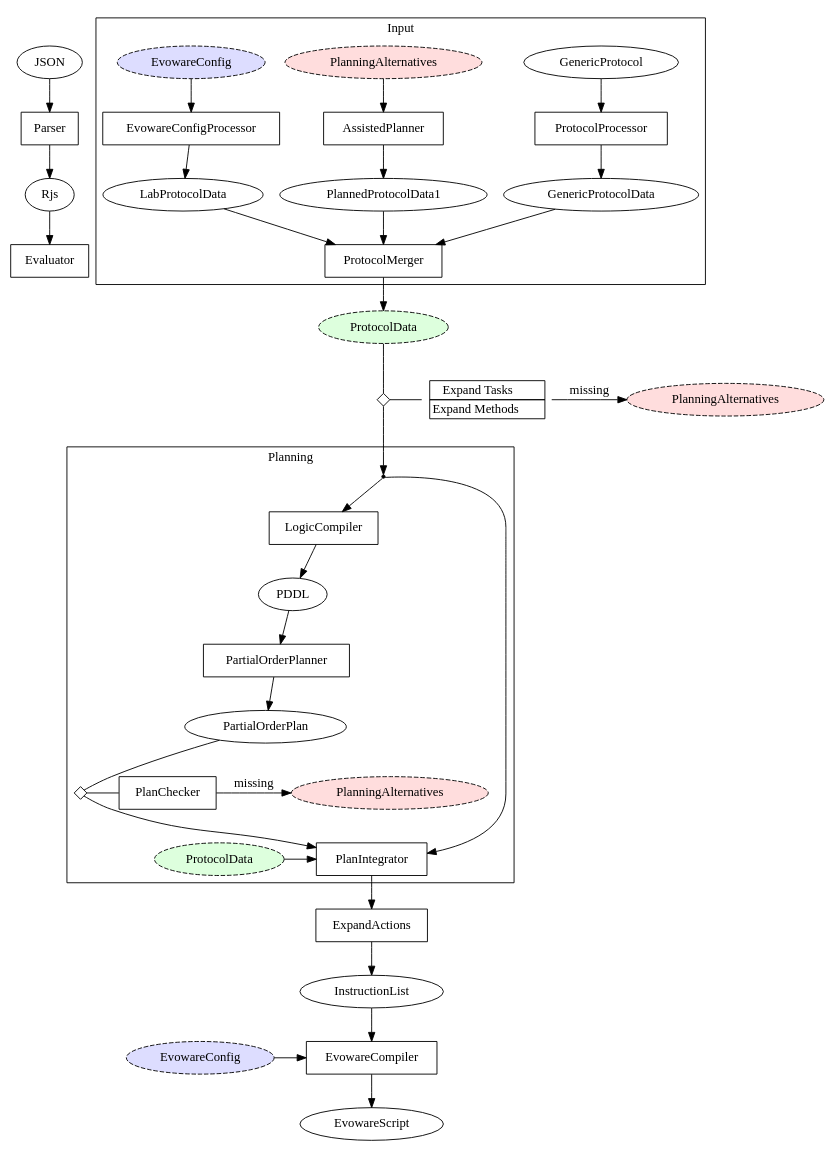
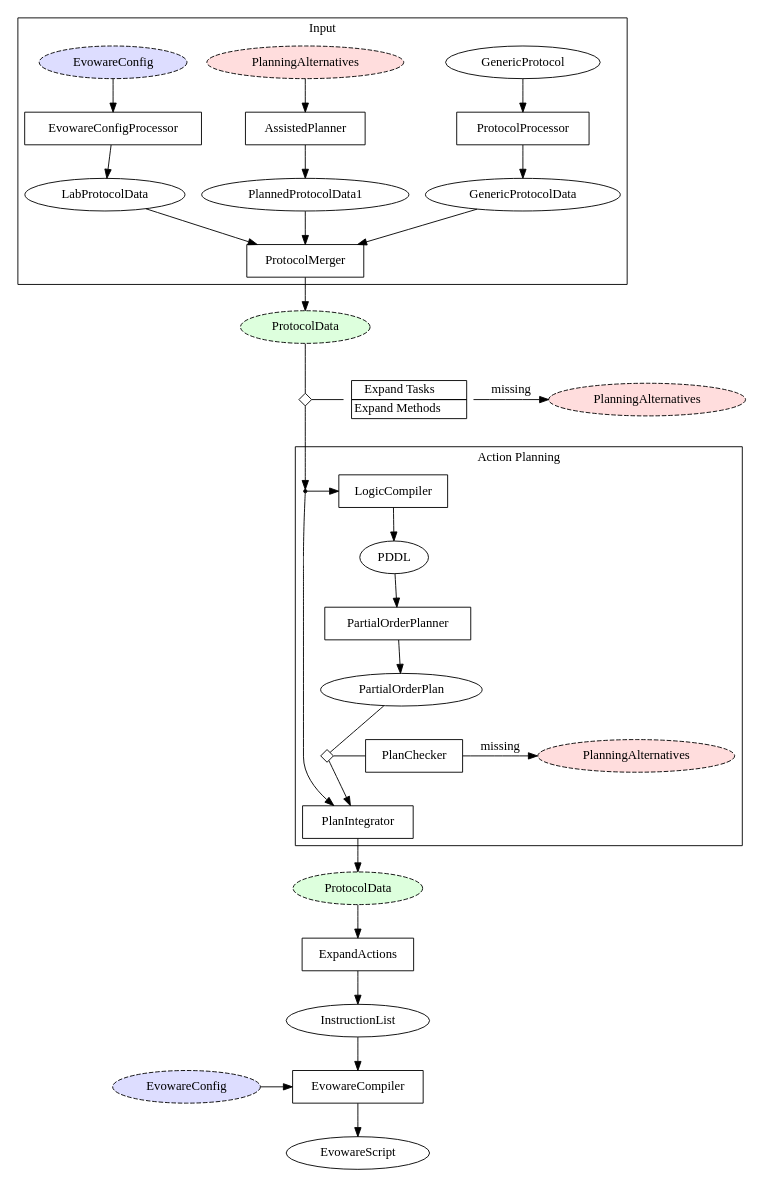
The diagram in doc/architecture.dot (ellis/roboliq), drawn with Graphviz before and after one commit.

Commit message:
architecture

```diff
--- a/doc/architecture.dot
+++ b/doc/architecture.dot
@@ -1,81 +1,79 @@
 digraph Roboliq {
-	Parser [ shape="box" ];
-	Evaluator [ shape="box" ];
+	//Parser [ shape="box" ];
+	//Evaluator [ shape="box" ];
+	//JSON -> Parser -> Rjs -> Evaluator;
 
 	subgraph cluster_0 {
 		label = "Input";
 		GenericProtocol;
 		Alternatives0 [ label="PlanningAlternatives", style="dashed,filled", fillcolor="#ffdddd" ];
 		EvowareConfig0 [ label="EvowareConfig", style="dashed,filled", fillcolor="#ddddff" ];
 
 		EvowareConfigProcessor [ shape="box" ];
 		ProtocolProcessor [ shape="box" ];
 		AssistedPlanner [ shape="box" ];
 
 		ProtocolMerger [ shape="box" ];
 
 		EvowareConfig0 -> EvowareConfigProcessor -> LabProtocolData -> ProtocolMerger;
 		GenericProtocol -> ProtocolProcessor -> GenericProtocolData -> ProtocolMerger;
 		Alternatives0 -> AssistedPlanner -> PlannedProtocolData1 -> ProtocolMerger;
 	};
 
 	CheckPoint1 [ label="", shape="diamond", width=0.2, height=0.2, fixedsize=true ];
 	ExpandCommands [
 		shape = none
 		label = <<table border="0" cellspacing="0">
 					<tr><td port="port1" border="1">Expand Tasks</td></tr>
 					<tr><td port="port2" border="1">Expand Methods</td></tr>
 				</table>>
 	]
 	Alternatives1 [ label="PlanningAlternatives", style="dashed,filled", fillcolor="#ffdddd" ];
 
+	ProtocolMerger -> ProtocolData0;
+	ProtocolData0 -> CheckPoint1 [ arrowhead="none" ];
 	CheckPoint1 -> ExpandCommands [ arrowhead="none" ];
+	ExpandCommands -> Alternatives1 [ label=" missing " ];
+	{ rank=same CheckPoint1 ExpandCommands Alternatives1 };
 	CheckPoint1 -> Split1;
 
+
 	subgraph cluster_1 {
-		label = "Planning";
+		label = "Action Planning";
 
 		Split1 [ shape="point" ];
 		LogicCompiler [ shape="box" ];
 		PartialOrderPlanner [ shape="box" ];
 		PlanChecker [ shape="box" ];
 		PlanIntegrator [ shape="box" ];
 		Alternatives2 [ label="PlanningAlternatives", style="dashed,filled", fillcolor="#ffdddd" ];
 
 		Split1 -> LogicCompiler;
 		LogicCompiler -> PDDL -> PartialOrderPlanner -> PartialOrderPlan;
 		PartialOrderPlan -> CheckPoint2 [ arrowhead="none" ];
 
 		CheckPoint2 -> PlanChecker [ arrowhead="none" ];
+		PlanChecker -> Alternatives2 [ label=" missing " ];
 		CheckPoint2 -> PlanIntegrator;
 		Split1 -> PlanIntegrator;
-		PlanChecker -> Alternatives2 [ label=" missing " ];
 
-		{ rank=same ProtocolData1 PlanIntegrator };
+		{ rank=same Split1 LogicCompiler };
 		{ rank=same CheckPoint2 PlanChecker Alternatives2 };
 	};
 
 	ExpandActions [ shape="box" ];
 	EvowareCompiler [ shape="box" ];
 
 	CheckPoint2 [ label="", shape="diamond", width=0.2, height=0.2, fixedsize=true ];
 	ProtocolData0 [ label="ProtocolData", style="dashed,filled", fillcolor="#ddffdd" ];
 	ProtocolData1 [ label="ProtocolData", style="dashed,filled", fillcolor="#ddffdd" ];
 	EvowareConfig1 [ label="EvowareConfig", style="dashed,filled", fillcolor="#ddddff" ];
 
-	JSON -> Parser -> Rjs -> Evaluator;
-
-
-	ProtocolMerger -> ProtocolData0;
-	ProtocolData0 -> CheckPoint1 [ arrowhead="none" ];
-	PlanIntegrator ->
+	PlanIntegrator -> ProtocolData1 ->
 	ExpandActions ->
 		InstructionList -> EvowareCompiler -> EvowareScript;
 	
 	EvowareConfig1 -> EvowareCompiler;
-	ExpandCommands -> Alternatives1 [ label=" missing " ];
-	ProtocolData1 -> PlanIntegrator;
 
-	{ rank=same CheckPoint1 ExpandCommands Alternatives1 };
 	{ rank=same EvowareCompiler EvowareConfig1 };
 }
```
